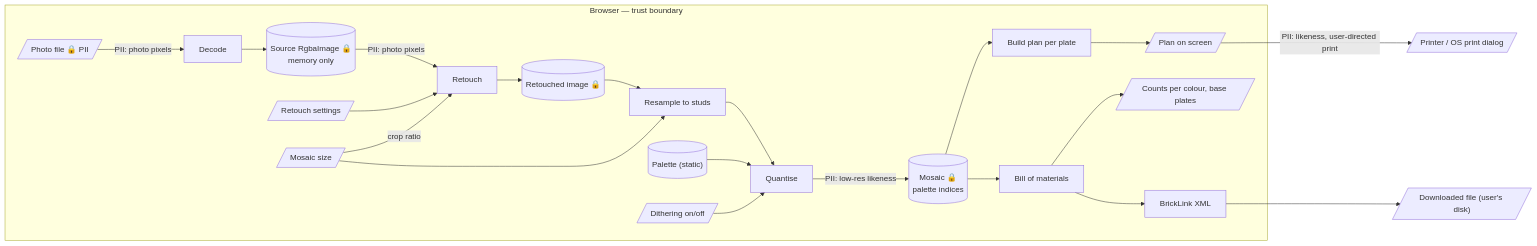
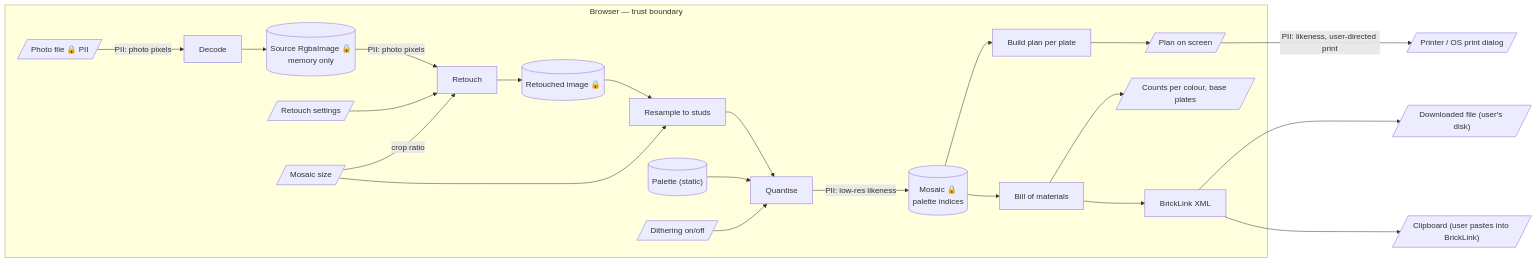
Before and after one commit to benoit-bremaud/brickpix: the diagram in docs/architecture/diagrams/mosaic/06-data-flow.md, drawn with Mermaid. The commit also changed other lines of this file and 48 other files, not shown here.

First line of the commit message:
feat(export): kit with build plan per plate, bill of materials and BrickLink list (#26)

````diff
--- a/docs/architecture/diagrams/mosaic/06-data-flow.md
+++ b/docs/architecture/diagrams/mosaic/06-data-flow.md
@@ -10,39 +10,40 @@
 ```mermaid
 flowchart LR
     File[/"Photo file 🔒 PII"/] -- "PII: photo pixels" --> Decode["Decode"]
     Decode --> Src[("Source RgbaImage 🔒<br/>memory only")]
     Src -- "PII: photo pixels" --> Retouch["Retouch"]
     Settings[/"Retouch settings"/] --> Retouch
     Retouch --> Ret[("Retouched image 🔒")]
     Ret --> Resample["Resample to studs"]
     Size[/"Mosaic size"/] --> Resample
     Size -- "crop ratio" --> Retouch
     Resample --> Quantise["Quantise"]
     Pal[("Palette (static)")] --> Quantise
     Dither[/"Dithering on/off"/] --> Quantise
     Quantise -- "PII: low-res likeness" --> Mosaic[("Mosaic 🔒<br/>palette indices")]
     Mosaic --> Plan["Build plan per plate"] --> PlanOut[/"Plan on screen"/]
     PlanOut -- "PII: likeness, user-directed print" --> Print[/"Printer / OS print dialog"/]
     Mosaic --> Bom["Bill of materials"] --> BomOut[/"Counts per colour, base plates"/]
     Bom --> Xml["BrickLink XML"] --> Dl[/"Downloaded file (user's disk)"/]
+    Xml --> Clip[/"Clipboard (user pastes into BrickLink)"/]
 
     subgraph Browser["Browser — trust boundary"]
         File
         Settings
         Size
         Dither
         PlanOut
         BomOut
         Decode
         Src
         Retouch
         Ret
         Resample
         Quantise
         Mosaic
         Plan
         Bom
         Xml
         Pal
     end
 ```
````
